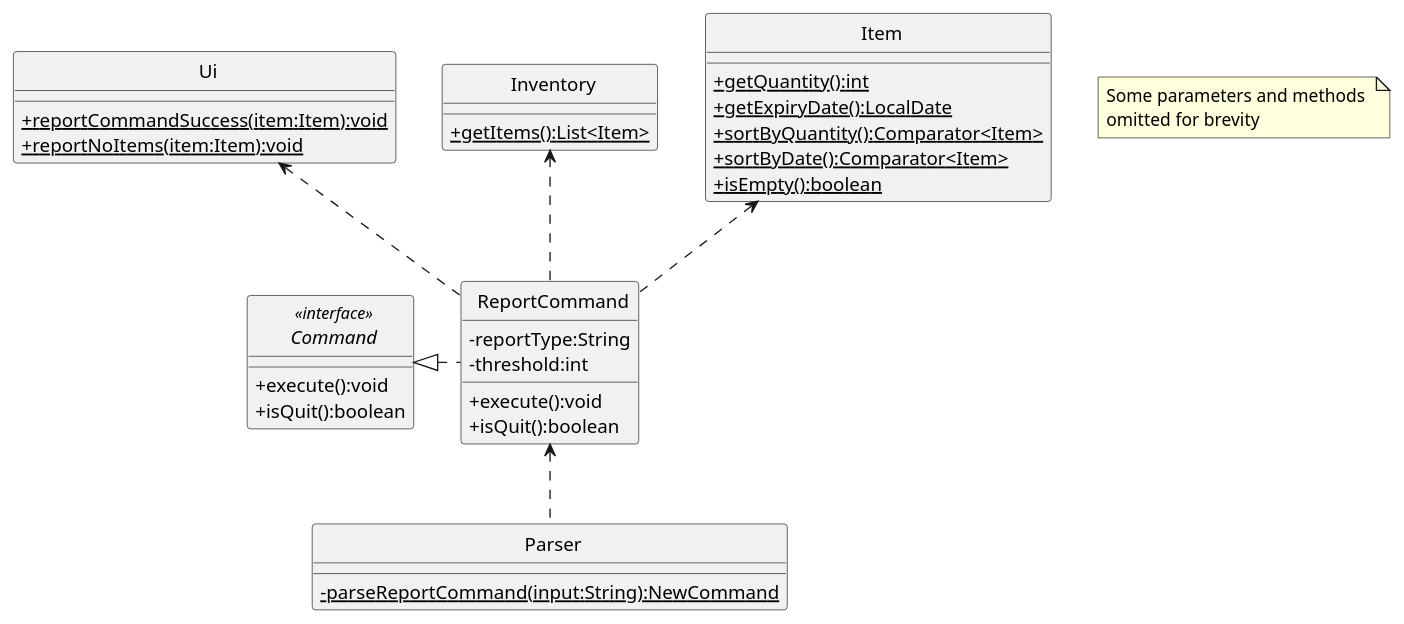
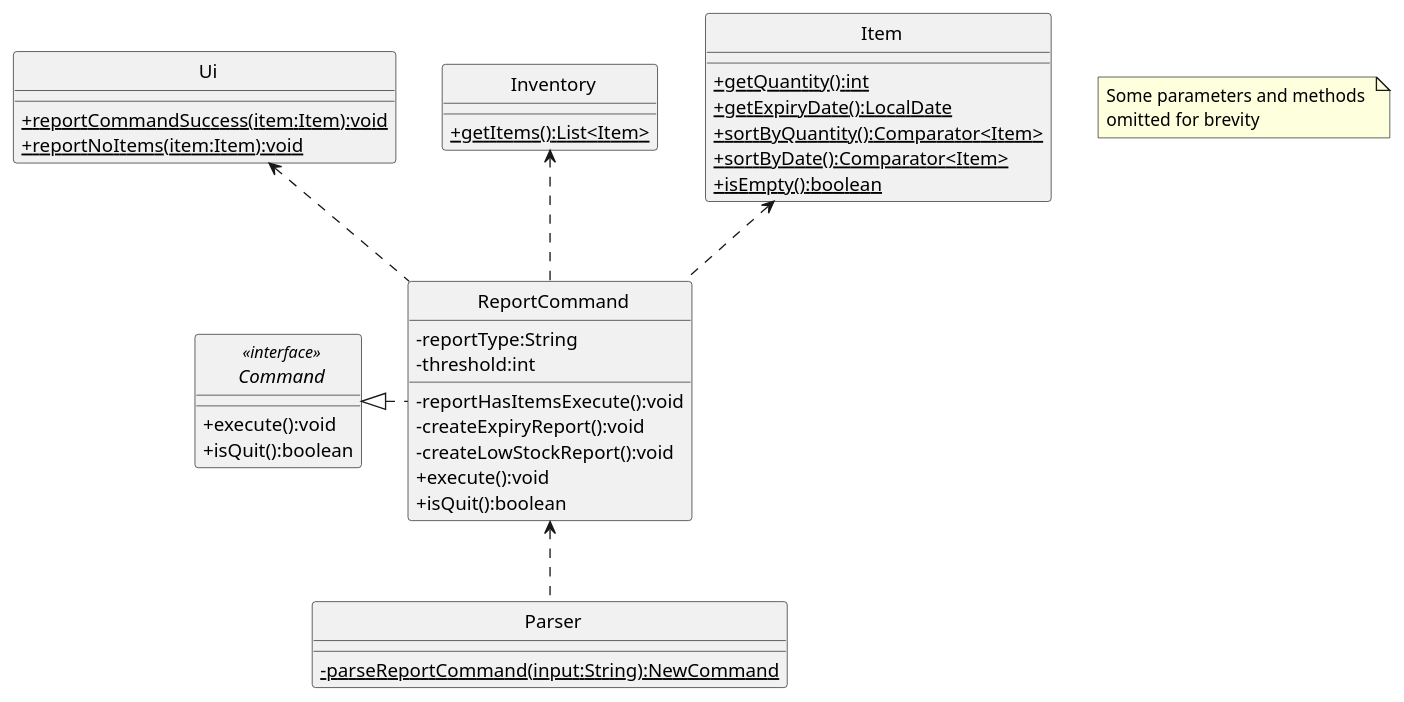
Before and after one commit to rismm/tp: the first of 2 diagrams in docs/uml-diagrams/ReportCommand.puml, drawn with PlantUML. The commit also changed other lines of this file and 6 other files, not shown here.

```diff
--- a/docs/uml-diagrams/ReportCommand.puml
+++ b/docs/uml-diagrams/ReportCommand.puml
@@ -1,54 +1,57 @@
 @startuml
 'https://plantuml.com/class-diagram
 skinparam classAttributeIconSize 0
 skinparam CircledCharacterFontSize 0
 skinparam CircledCharacterRadius 0
 
 interface Command
 class Ui
 class Inventory
 class Item
 class ReportCommand
 class Parser
 
 ReportCommand <.. Parser
 Command <|. ReportCommand
 Ui <.. ReportCommand
 Inventory <.. ReportCommand
 Item <.. ReportCommand
 
 interface Command <<interface>> {
     +execute():void
     +isQuit():boolean
 }
 
 class ReportCommand {
     -reportType:String
     -threshold:int
+    -reportHasItemsExecute():void
+    -createExpiryReport():void
+    -createLowStockReport():void
     +execute():void
     +isQuit():boolean
 }
 
 class Item {
     {static}+getQuantity():int
     {static}+getExpiryDate():LocalDate
     {static}+sortByQuantity():Comparator<Item>
     {static}+sortByDate():Comparator<Item>
     {static}+isEmpty():boolean
 }
 
 class Parser {
     {static}-parseReportCommand(input:String):NewCommand
 }
 
 class Inventory {
     {static}+getItems():List<Item>
 }
 
 class Ui {
     {static}+reportCommandSuccess(item:Item):void
     {static}+reportNoItems(item:Item):void
 }
 
 note "Some parameters and methods \nomitted for brevity" as n1
 @enduml
```
